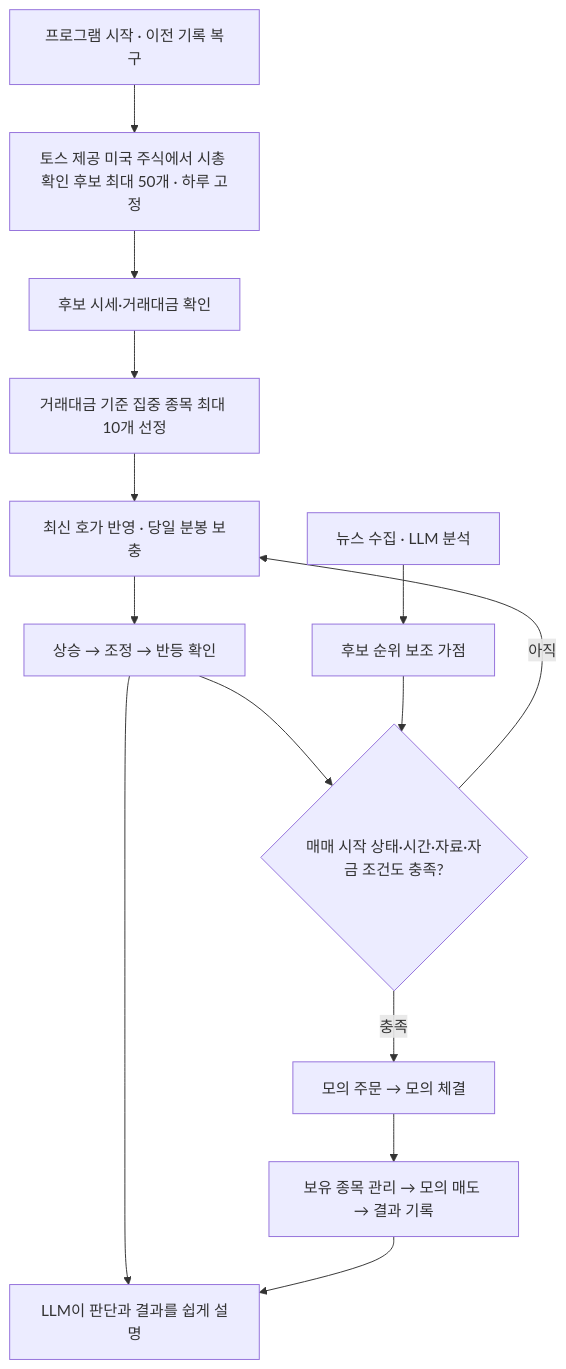
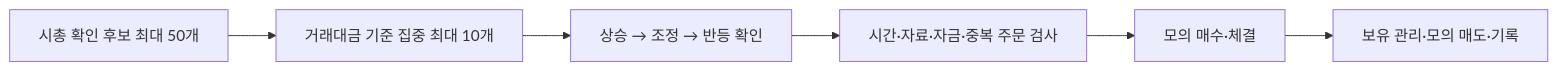
The diagram in README.md (taegyoo1104/pennyquant), drawn with Mermaid before and after one commit. The commit also changed other lines of this file and 43 other files, not shown here.

````diff
--- a/README.md
+++ b/README.md
@@ -41,16 +31,8 @@
 ```mermaid
-flowchart TD
-    A[프로그램 시작 · 이전 기록 복구] --> B[토스 제공 미국 주식에서 시총 확인 후보 최대 50개 · 하루 고정]
-    B --> Q[후보 시세·거래대금 확인]
-    Q --> C[거래대금 기준 집중 종목 최대 10개 선정]
-    C --> D[최신 호가 반영 · 당일 분봉 보충]
-    D --> E[상승 → 조정 → 반등 확인]
-    E --> F{매매 시작 상태·시간·자료·자금 조건도 충족?}
-    F -- 아직 --> D
-    F -- 충족 --> G[모의 주문 → 모의 체결]
-    G --> H[보유 종목 관리 → 모의 매도 → 결과 기록]
-    N[뉴스 수집 · LLM 분석] --> P[후보 순위 보조 가점]
-    P --> F
-    E --> X[LLM이 판단과 결과를 쉽게 설명]
-    H --> X
+flowchart LR
+    A[시총 확인 후보 최대 50개] --> B[거래대금 기준 집중 최대 10개]
+    B --> C[상승 → 조정 → 반등 확인]
+    C --> D[시간·자료·자금·중복 주문 검사]
+    D --> E[모의 매수·체결]
+    E --> F[보유 관리·모의 매도·기록]
 ```
````
